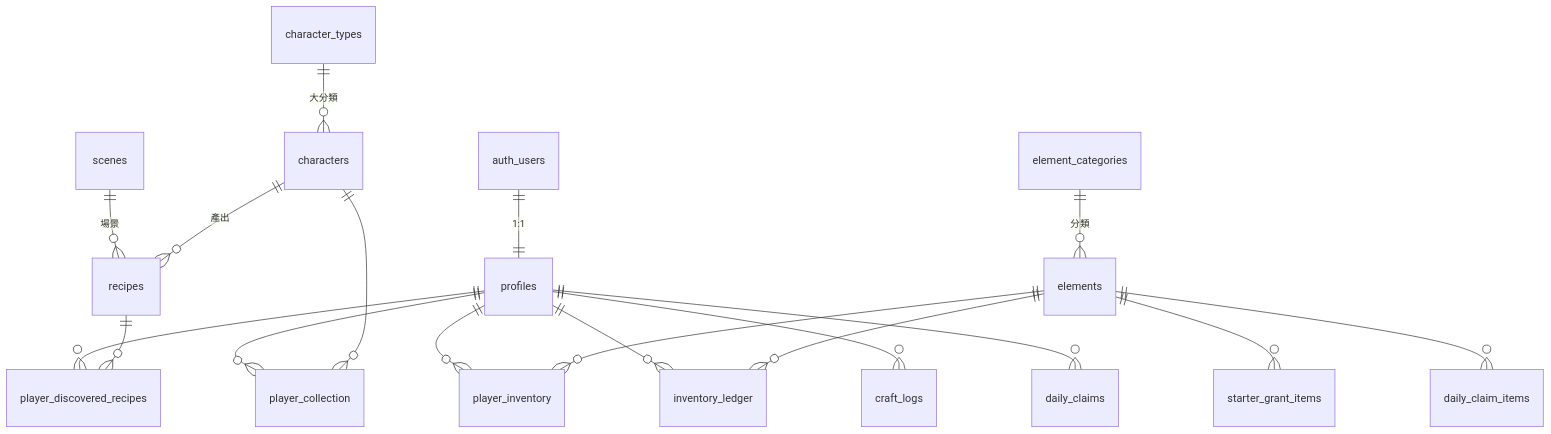
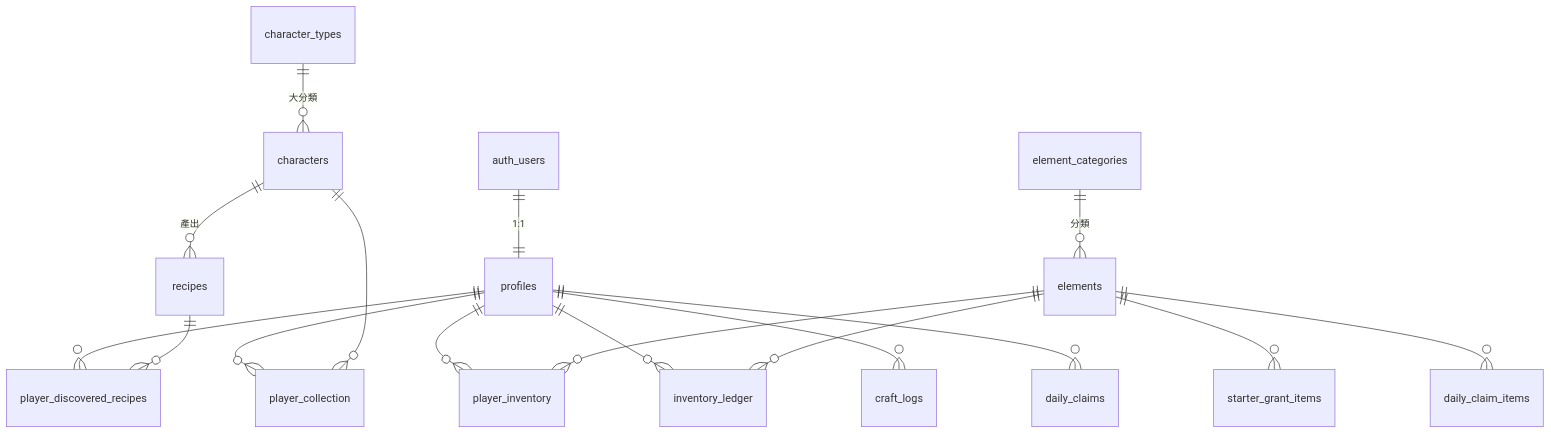
Before and after one commit to mina04081998-chen/frenchie-maker: the diagram in docs/phase0/03-database.md, drawn with Mermaid. The commit also changed other lines of this file and 10 other files, not shown here.

````diff
--- a/docs/phase0/03-database.md
+++ b/docs/phase0/03-database.md
@@ -18,22 +18,21 @@
 ```mermaid
 erDiagram
   auth_users ||--|| profiles : "1:1"
   element_categories ||--o{ elements : "分類"
-  scenes ||--o{ recipes : "場景"
   characters ||--o{ recipes : "產出"
   character_types ||--o{ characters : "大分類"
   elements ||--o{ starter_grant_items : ""
   elements ||--o{ daily_claim_items : ""
 
   profiles ||--o{ player_inventory : ""
   elements ||--o{ player_inventory : ""
   profiles ||--o{ player_collection : ""
   characters ||--o{ player_collection : ""
   profiles ||--o{ player_discovered_recipes : ""
   recipes ||--o{ player_discovered_recipes : ""
 
   profiles ||--o{ inventory_ledger : ""
   elements ||--o{ inventory_ledger : ""
   profiles ||--o{ craft_logs : ""
   profiles ||--o{ daily_claims : ""
 ```
````
